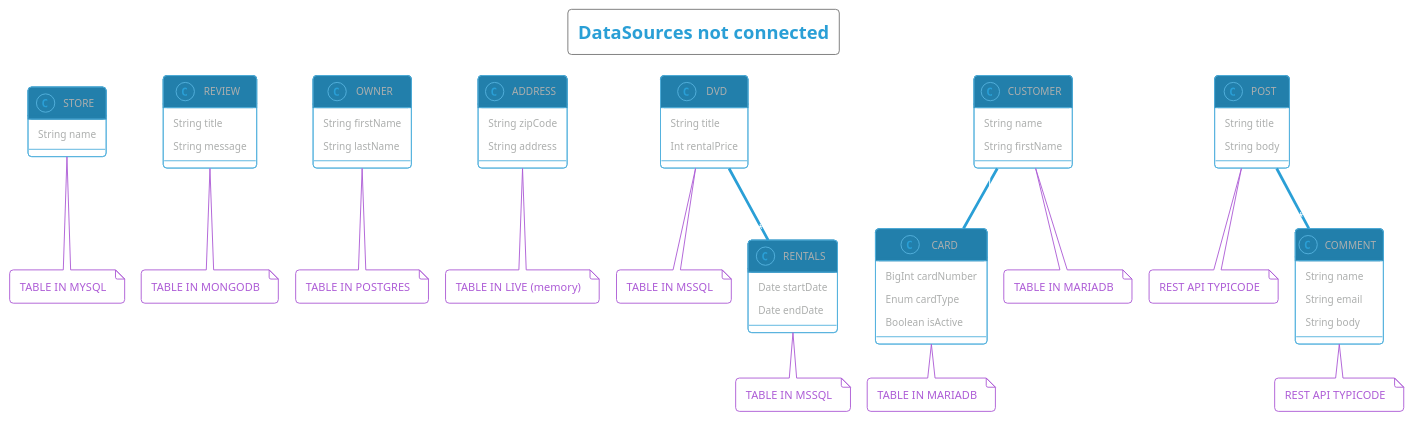
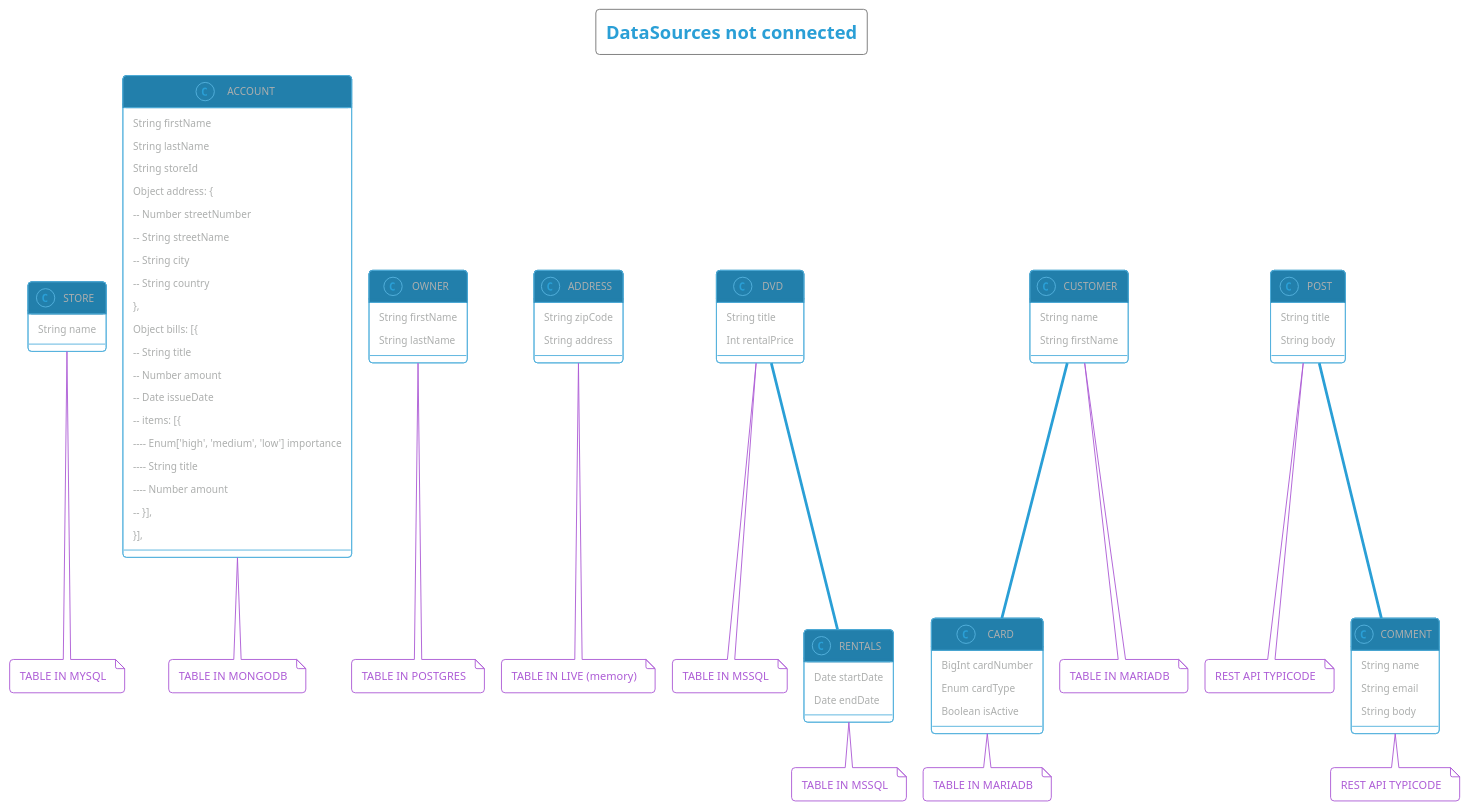
One commit to ForestAdmin/agent-nodejs changed the diagram in packages/_example/datasources.puml. Above: the diagram before and after it, drawn with PlantUML. The commit also changed 50 other files, not shown here.

```diff
--- a/packages/_example/datasources.puml
+++ b/packages/_example/datasources.puml
@@ -1,78 +1,95 @@
 @startuml
 !pragma layout smetana
 !theme cyborg-outline
 
 title: DataSources not connected
 
 class STORE {
   String name
 }
 class STORE
 note bottom: TABLE IN MYSQL
 
-class REVIEW {
-  String title
-  String message
+class ACCOUNT {
+   String firstName
+   String lastName
+   String storeId
+   Object address: {
+   -- Number streetNumber
+   -- String streetName
+   -- String city
+   -- String country
+   },
+   Object bills: [{
+   -- String title
+   -- Number amount
+   -- Date issueDate
+   -- items: [{
+   ---- Enum['high', 'medium', 'low'] importance
+   ---- String title
+   ---- Number amount
+   -- }],
+  }],
 }
-class REVIEW
+class ACCOUNT
 note bottom: TABLE IN MONGODB
 
 class OWNER {
   String firstName
   String lastName
 }
 class OWNER
 note bottom: TABLE IN POSTGRES
 
 class ADDRESS {
   String zipCode
   String address
 }
 class ADDRESS
 note bottom: TABLE IN LIVE (memory)
 
 class DVD {
   String title
   Int rentalPrice
 }
 class DVD
 note bottom: TABLE IN MSSQL
 
 class RENTALS {
   Date startDate
   Date endDate
 }
 class RENTALS
 note bottom: TABLE IN MSSQL
 
 class CARD {
   BigInt cardNumber
   Enum cardType
   Boolean isActive
 }
 note bottom: TABLE IN MARIADB
 
 class CUSTOMER {
   String name
   String firstName
 }
 note bottom: TABLE IN MARIADB
 
 class POST {
   String title
   String body
 }
 note bottom: REST API TYPICODE
 
 class COMMENT {
   String name
   String email
   String body
 }
 note bottom: REST API TYPICODE
 
 POST "1" -- "*" COMMENT : has
 DVD "*" -- "*" RENTALS : has
 CUSTOMER "1" -- "*" CARD : has
 
 @enduml
```
